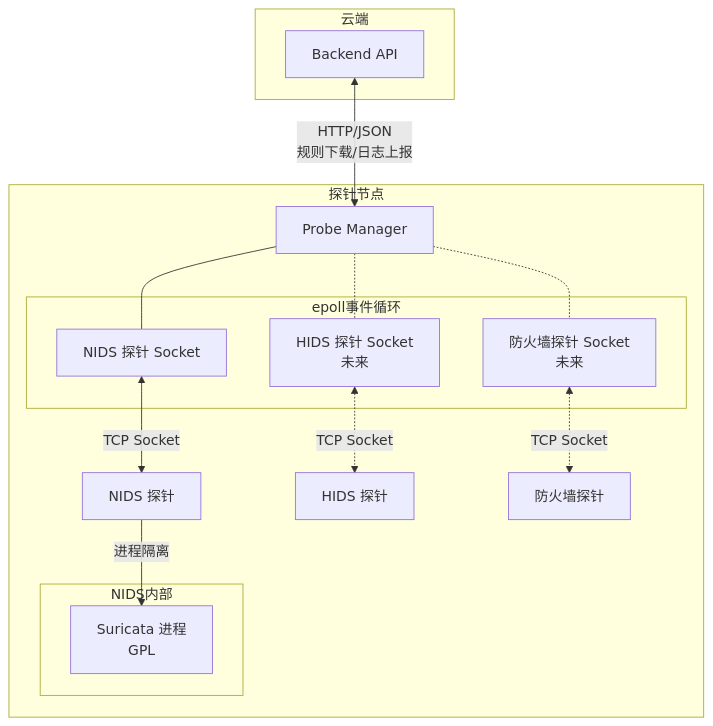
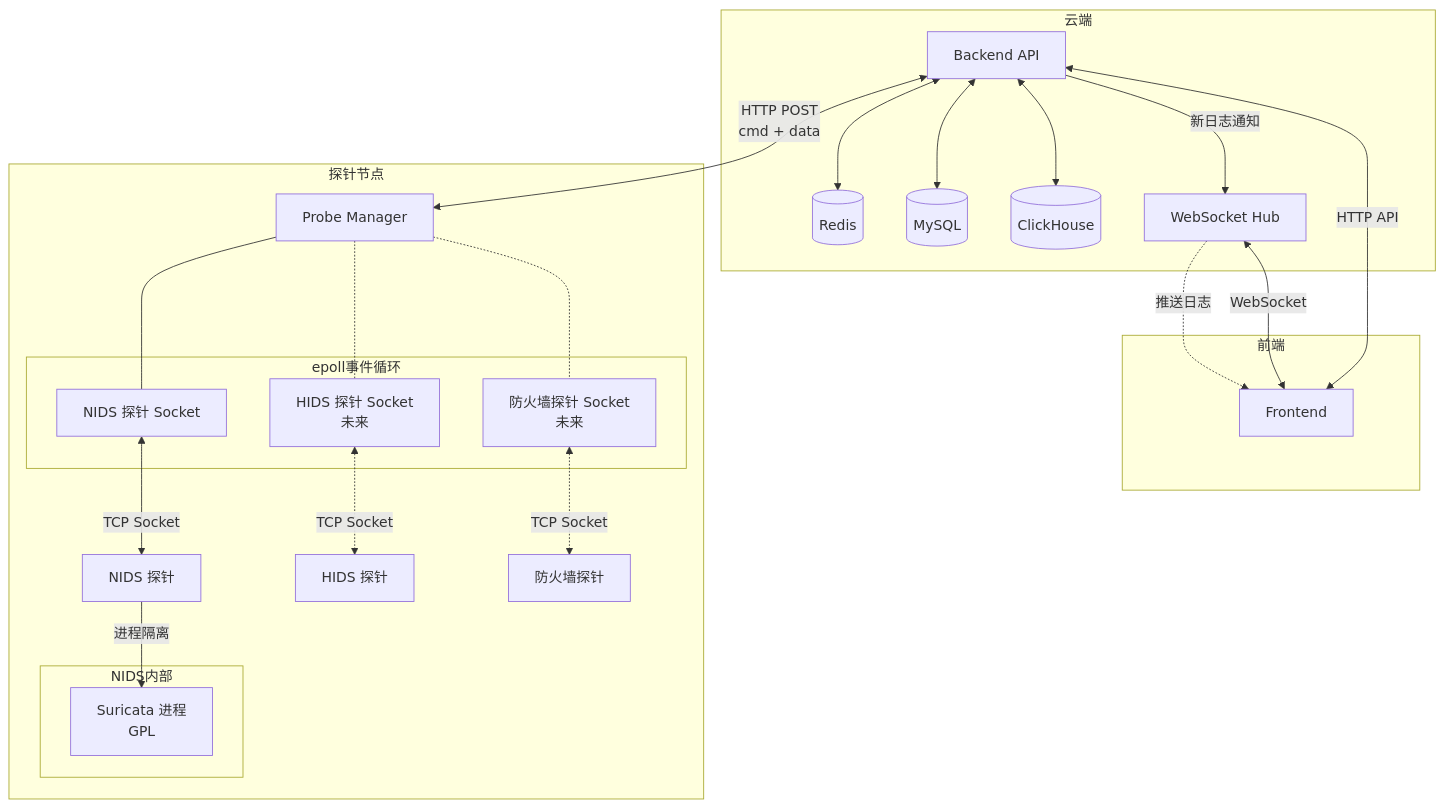
Before and after one commit to chenlehua/ai-idps: the sixth of 19 diagrams in specs/0001-spec.md, drawn with Mermaid. The commit also changed other lines of this file, not shown here.

Commit message:
feat: optimize architecture

````diff
--- a/specs/0001-spec.md
+++ b/specs/0001-spec.md
@@ -214,33 +268,48 @@
 ```mermaid
 graph TB
     subgraph 云端
         BE[Backend API]
+        REDIS[(Redis)]
+        MYSQL[(MySQL)]
+        CH[(ClickHouse)]
+        WS[WebSocket Hub]
+    end
+
+    subgraph 前端
+        FE[Frontend]
     end
 
     subgraph 探针节点
         PM[Probe Manager]
 
         subgraph epoll事件循环
             E1[NIDS 探针 Socket]
             E2[HIDS 探针 Socket<br/>未来]
             E3[防火墙探针 Socket<br/>未来]
         end
 
         NIDS[NIDS 探针]
         HIDS[HIDS 探针]
         FW[防火墙探针]
 
         subgraph NIDS内部
             SR[Suricata 进程<br/>GPL]
         end
     end
 
-    BE <-->|HTTP/JSON<br/>规则下载/日志上报| PM
+    FE <-->|HTTP API| BE
+    FE <-->|WebSocket| WS
+    BE <-->|HTTP POST<br/>cmd + data| PM
+    BE <--> REDIS
+    BE <--> MYSQL
+    BE <--> CH
+    WS -.->|推送日志| FE
+    BE -->|新日志通知| WS
     PM --- E1
     PM -.- E2
     PM -.- E3
     E1 <-->|TCP Socket| NIDS
     E2 <-.->|TCP Socket| HIDS
     E3 <-.->|TCP Socket| FW
     NIDS -->|进程隔离| SR
 ```
````
